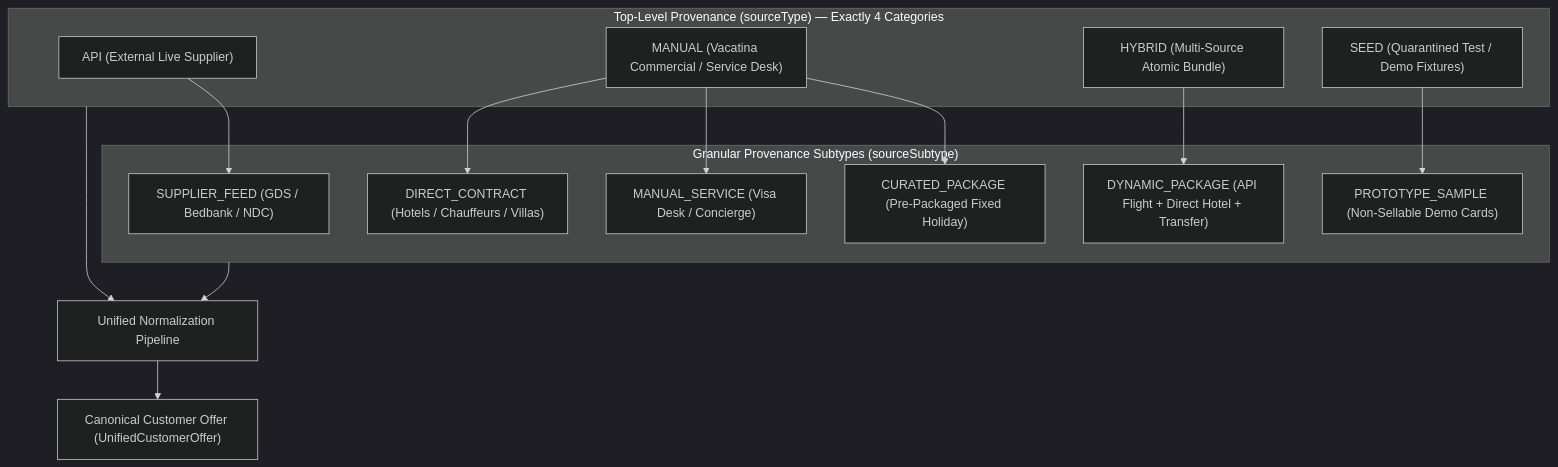
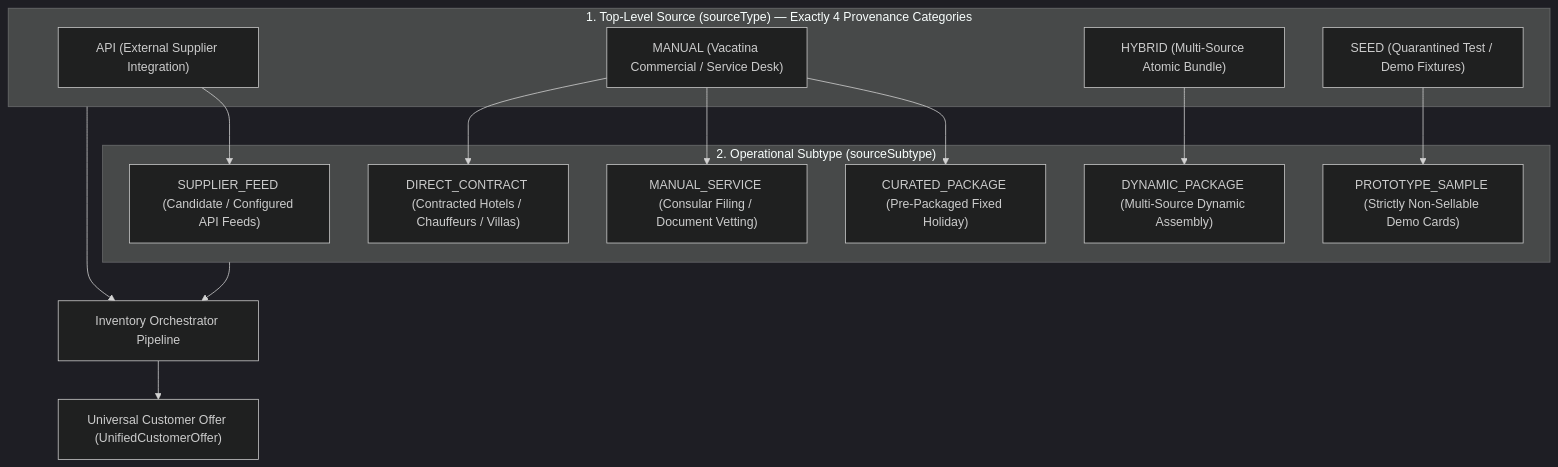
The first of 2 diagrams in docs/27_VACATINA_FINAL_INVENTORY_SOURCE_TAXONOMY_AND_AUTHORITY_MATRIX.md (vacatina/vacatina), drawn with Mermaid (dark theme) before and after one commit. The commit also changed other lines of this file and 4 other files, not shown here.

Commit message:
feat: enforce multi-dimensional readiness governance, dynamic commercial pricing policies, and atomic allotment holds

````diff
--- a/docs/27_VACATINA_FINAL_INVENTORY_SOURCE_TAXONOMY_AND_AUTHORITY_MATRIX.md
+++ b/docs/27_VACATINA_FINAL_INVENTORY_SOURCE_TAXONOMY_AND_AUTHORITY_MATRIX.md
@@ -16,22 +17,22 @@
 ```mermaid
 flowchart TD
-    subgraph TopLevel["Top-Level Provenance (sourceType) — Exactly 4 Categories"]
-        API["API (External Live Supplier)"]
+    subgraph TopLevel["1. Top-Level Source (sourceType) — Exactly 4 Provenance Categories"]
+        API["API (External Supplier Integration)"]
         MANUAL["MANUAL (Vacatina Commercial / Service Desk)"]
         HYBRID["HYBRID (Multi-Source Atomic Bundle)"]
         SEED["SEED (Quarantined Test / Demo Fixtures)"]
     end
 
-    subgraph Subtypes["Granular Provenance Subtypes (sourceSubtype)"]
-        API --> SF["SUPPLIER_FEED (GDS / Bedbank / NDC)"]
-        MANUAL --> DC["DIRECT_CONTRACT (Hotels / Chauffeurs / Villas)"]
-        MANUAL --> MS["MANUAL_SERVICE (Visa Desk / Concierge)"]
+    subgraph Subtypes["2. Operational Subtype (sourceSubtype)"]
+        API --> SF["SUPPLIER_FEED (Candidate / Configured API Feeds)"]
+        MANUAL --> DC["DIRECT_CONTRACT (Contracted Hotels / Chauffeurs / Villas)"]
+        MANUAL --> MS["MANUAL_SERVICE (Consular Filing / Document Vetting)"]
         MANUAL --> CP["CURATED_PACKAGE (Pre-Packaged Fixed Holiday)"]
-        HYBRID --> DP["DYNAMIC_PACKAGE (API Flight + Direct Hotel + Transfer)"]
-        SEED --> PS["PROTOTYPE_SAMPLE (Non-Sellable Demo Cards)"]
+        HYBRID --> DP["DYNAMIC_PACKAGE (Multi-Source Dynamic Assembly)"]
+        SEED --> PS["PROTOTYPE_SAMPLE (Strictly Non-Sellable Demo Cards)"]
     end
 
-    TopLevel --> Unified["Unified Normalization Pipeline"]
-    Subtypes --> Unified
-    Unified --> Canonical["Canonical Customer Offer (UnifiedCustomerOffer)"]
+    TopLevel --> Orchestrator["Inventory Orchestrator Pipeline"]
+    Subtypes --> Orchestrator
+    Orchestrator --> UnifiedOffer["Universal Customer Offer (UnifiedCustomerOffer)"]
 ```
````
